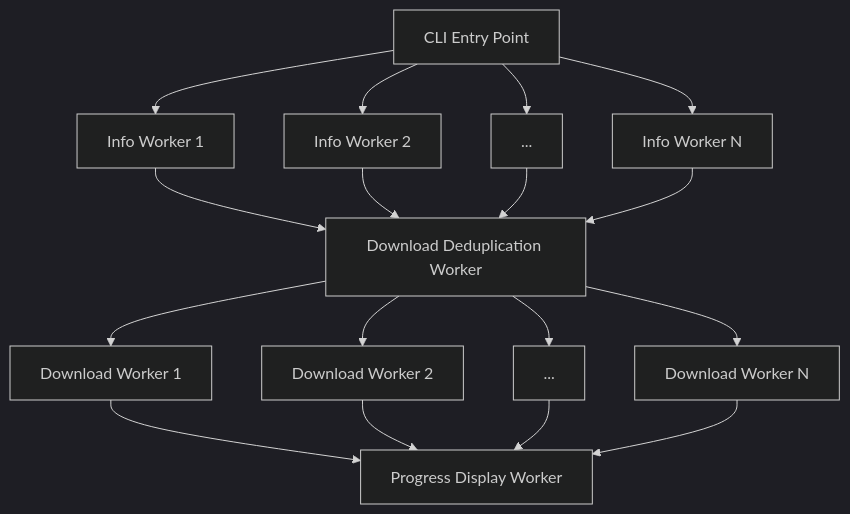
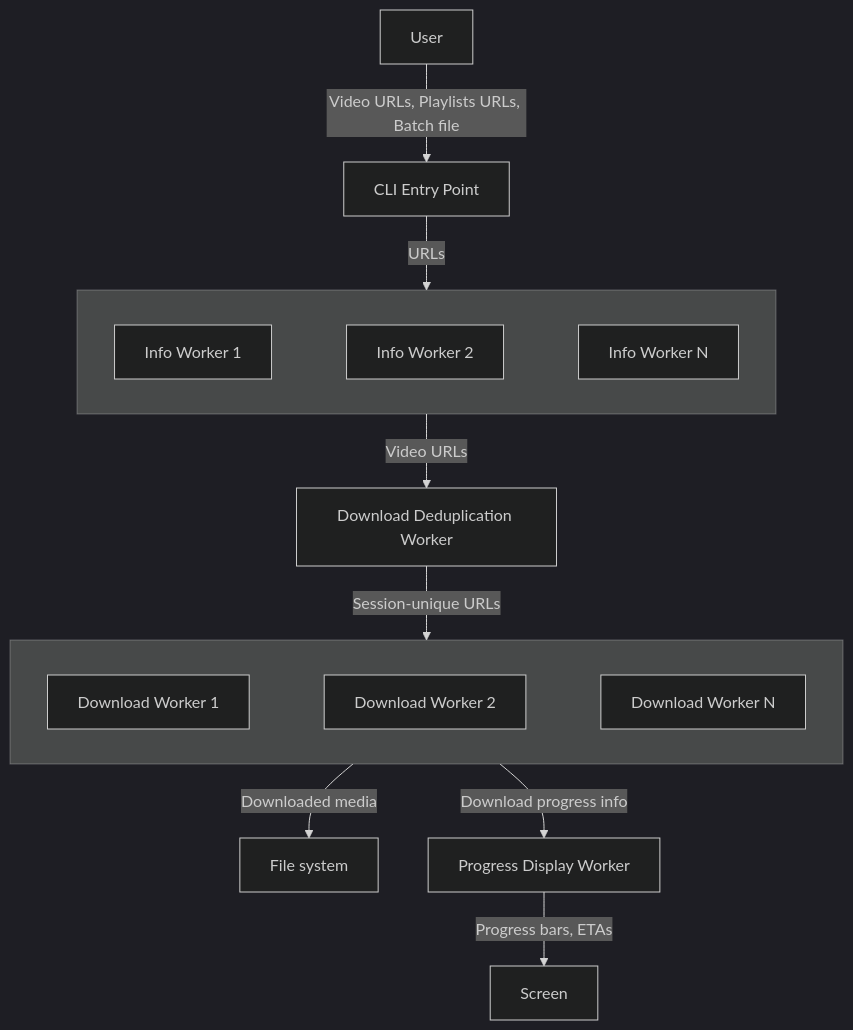
Before and after one commit to GeoffreyCoulaud/yt-dlpp: the diagram in README.md, drawn with Mermaid (dark theme).

Commit message:
Improved graph in readme

````diff
--- a/README.md
+++ b/README.md
@@ -47,20 +47,34 @@
 ```mermaid
-graph TD
-    A[CLI Entry Point]-->B[Info Worker 1]
-    A-->C[Info Worker 2]
-    A-->D[...]
-    A-->E[Info Worker N]
-    B-->F[Download Deduplication Worker]
-	C-->F
-	D-->F
-	E-->F
-	F-->G[Download Worker 1]
-	F-->H[Download Worker 2]
-	F-->I[...]
-	F-->J[Download Worker N]
-	G-->K[Progress Display Worker]
-	H-->K
-	I-->K
-	J-->K
+graph TB
+	User
+	CLI
+	subgraph IWs [ ]
+		direction LR
+		IW1[Info Worker 1]
+		IW2[Info Worker 2]
+		IWN[Info Worker N]
+		IW1 ~~~ IW2 ~~~ IWN
+	end
+	Dedup[Download Deduplication Worker]
+	subgraph DWs [ ]
+		direction LR
+		DW1[Download Worker 1]
+		DW2[Download Worker 2]
+		DWN[Download Worker N]
+		DW1 ~~~ DW2 ~~~ DWN
+	end
+	FS[File System]
+	Progress[Progress Display Worker]
+	Screen
 
+
+	User -->|Video URLs, Playlists URLs, Batch file| CLI
+	CLI[CLI Entry Point] -->|URLs| IWs
+    IWs -->|Video URLs| Dedup
+	Dedup -->|Session-unique URLs| DWs
+	DWs -->|Download progress info| Progress
+	Progress -->|Progress bars, ETAs| Screen
+	DWs -->|Downloaded media| FS[File system]
+	
+	
 ```
````
